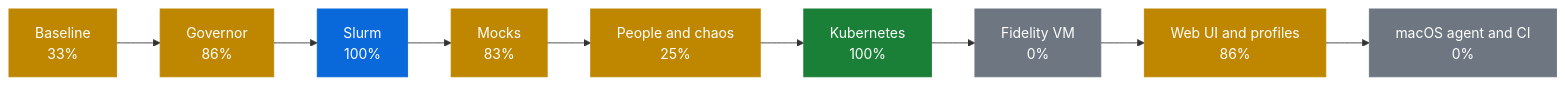
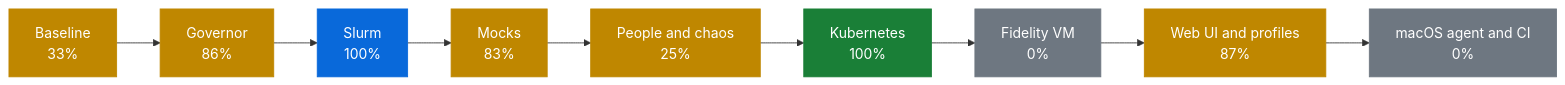
Before and after one commit to AhmedYousriSobhi/workbench: the first of 2 diagrams in docs/PROGRESS.md, drawn with Mermaid. The commit also changed other lines of this file and 12 other files, not shown here.

First line of the commit message:
test(webui): node --test for the page's logic and module graph; docs and tracker for the module split (#492)

````diff
--- a/docs/PROGRESS.md
+++ b/docs/PROGRESS.md
@@ -10,17 +10,17 @@
 ```mermaid
 flowchart LR
     p0["Baseline<br/>33%"]:::partial
     p1["Governor<br/>86%"]:::partial
     p2["Slurm<br/>100%"]:::review
     p3["Mocks<br/>83%"]:::partial
     p4["People and chaos<br/>25%"]:::partial
     p5["Kubernetes<br/>100%"]:::done
     p6["Fidelity VM<br/>0%"]:::todo
-    p7["Web UI and profiles<br/>86%"]:::partial
+    p7["Web UI and profiles<br/>87%"]:::partial
     p8["macOS agent and CI<br/>0%"]:::todo
     p0 --> p1 --> p2 --> p3 --> p4 --> p5 --> p6 --> p7 --> p8
     classDef done fill:#1a7f37,stroke:#1a7f37,color:#fff
     classDef review fill:#0969da,stroke:#0969da,color:#fff
     classDef partial fill:#bf8700,stroke:#bf8700,color:#fff
     classDef todo fill:#6e7781,stroke:#6e7781,color:#fff
 ```
````
